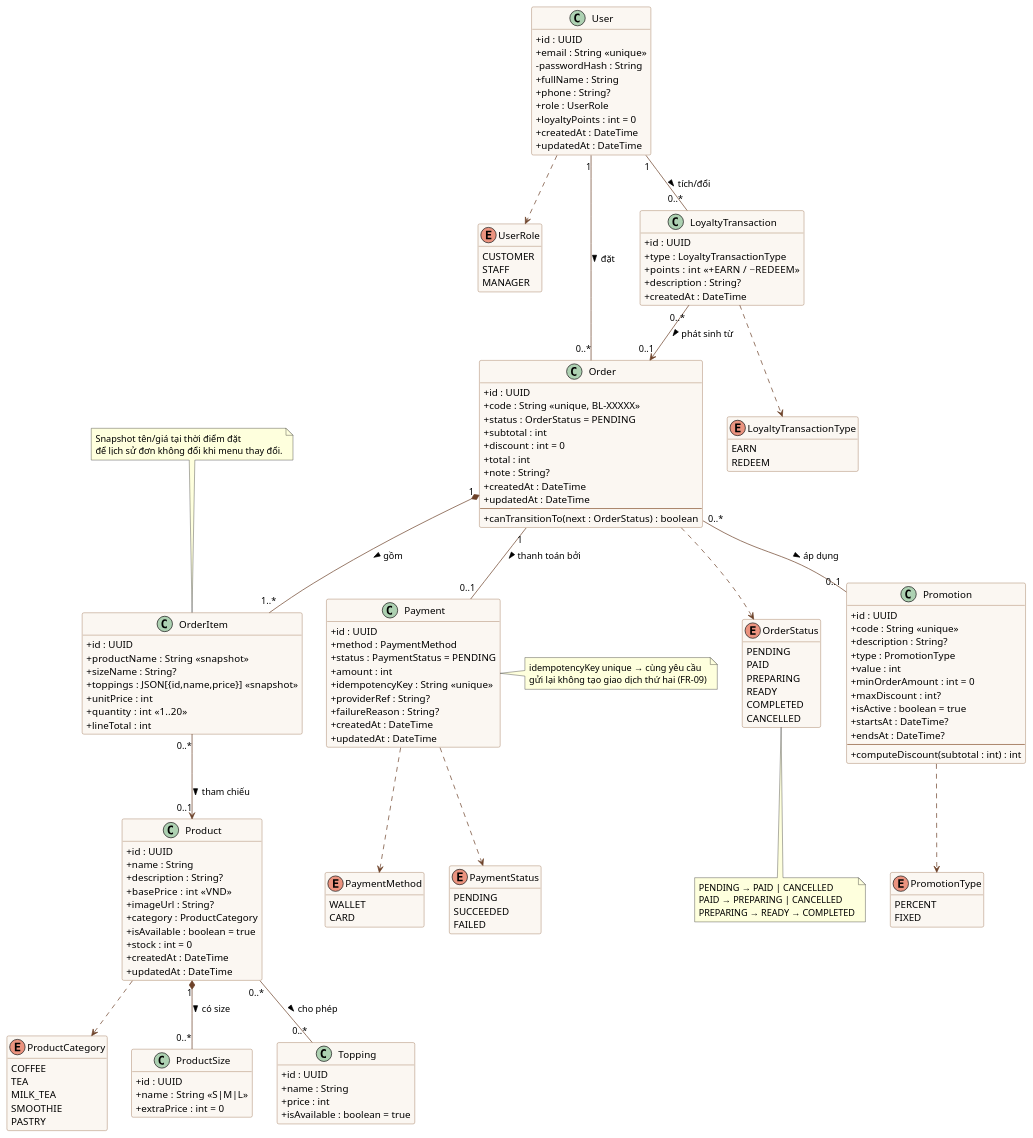
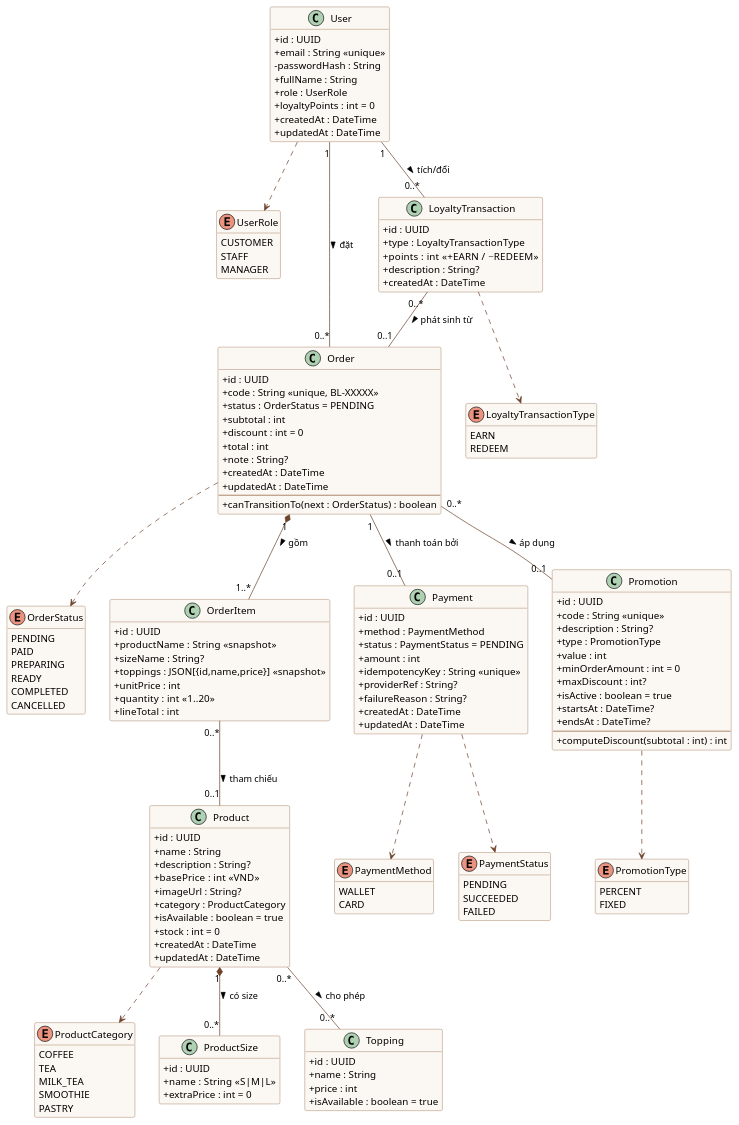
One commit to LHTCoder/brewlite changed the diagram in docs/diagrams/class-domain.puml. Above: the diagram before and after it, drawn with PlantUML. The commit also changed 26 other files, not shown here.

First line of the commit message:
docs: cập nhật đặc tả, use-case, activity và class diagram theo góp ý của nhóm

```diff
--- a/docs/diagrams/class-domain.puml
+++ b/docs/diagrams/class-domain.puml
@@ -1,181 +1,167 @@
 @startuml class-domain
 ' Class-01: Mô hình miền BrewLite (Task 2.3) – khớp với entity TypeORM trong apps/api/src
 skinparam classAttributeIconSize 0
 skinparam class {
   BackgroundColor #FBF7F2
   BorderColor #8A5733
   ArrowColor #6E432A
 }
 skinparam enum {
   BackgroundColor #F3E9DC
 }
 hide empty methods
 
 enum UserRole {
   CUSTOMER
   STAFF
   MANAGER
 }
 enum ProductCategory {
   COFFEE
   TEA
   MILK_TEA
   SMOOTHIE
   PASTRY
 }
 enum OrderStatus {
   PENDING
   PAID
   PREPARING
   READY
   COMPLETED
   CANCELLED
 }
 enum PaymentMethod {
   WALLET
   CARD
 }
 enum PaymentStatus {
   PENDING
   SUCCEEDED
   FAILED
 }
 enum PromotionType {
   PERCENT
   FIXED
 }
 enum LoyaltyTransactionType {
   EARN
   REDEEM
 }
 
 class User {
   +id : UUID
   +email : String <<unique>>
   -passwordHash : String
   +fullName : String
-  +phone : String?
   +role : UserRole
   +loyaltyPoints : int = 0
   +createdAt : DateTime
   +updatedAt : DateTime
 }
 
 class Product {
   +id : UUID
   +name : String
   +description : String?
   +basePrice : int  <<VND>>
   +imageUrl : String?
   +category : ProductCategory
   +isAvailable : boolean = true
   +stock : int = 0
   +createdAt : DateTime
   +updatedAt : DateTime
 }
 
 class ProductSize {
   +id : UUID
   +name : String  <<S|M|L>>
   +extraPrice : int = 0
 }
 
 class Topping {
   +id : UUID
   +name : String
   +price : int
   +isAvailable : boolean = true
 }
 
 class Order {
   +id : UUID
   +code : String <<unique, BL-XXXXX>>
   +status : OrderStatus = PENDING
   +subtotal : int
   +discount : int = 0
   +total : int
   +note : String?
   +createdAt : DateTime
   +updatedAt : DateTime
   --
   +canTransitionTo(next : OrderStatus) : boolean
 }
 
 class OrderItem {
   +id : UUID
   +productName : String  <<snapshot>>
   +sizeName : String?
   +toppings : JSON[{id,name,price}]  <<snapshot>>
   +unitPrice : int
   +quantity : int  <<1..20>>
   +lineTotal : int
 }
 
 class Payment {
   +id : UUID
   +method : PaymentMethod
   +status : PaymentStatus = PENDING
   +amount : int
   +idempotencyKey : String <<unique>>
   +providerRef : String?
   +failureReason : String?
   +createdAt : DateTime
   +updatedAt : DateTime
 }
 
 class Promotion {
   +id : UUID
   +code : String <<unique>>
   +description : String?
   +type : PromotionType
   +value : int
   +minOrderAmount : int = 0
   +maxDiscount : int?
   +isActive : boolean = true
   +startsAt : DateTime?
   +endsAt : DateTime?
   --
   +computeDiscount(subtotal : int) : int
 }
 
 class LoyaltyTransaction {
   +id : UUID
   +type : LoyaltyTransactionType
   +points : int  <<+EARN / −REDEEM>>
   +description : String?
   +createdAt : DateTime
 }
 
 ' ---- Quan hệ & multiplicity ----
 User "1" -- "0..*" Order : đặt >
 User "1" -- "0..*" LoyaltyTransaction : tích/đổi >
 Order "1" *-- "1..*" OrderItem : gồm >
 Order "1" -- "0..1" Payment : thanh toán bởi >
 Order "0..*" -- "0..1" Promotion : áp dụng >
-OrderItem "0..*" --> "0..1" Product : tham chiếu >
+OrderItem "0..*" -- "0..1" Product : tham chiếu >
 Product "1" *-- "0..*" ProductSize : có size >
 Product "0..*" -- "0..*" Topping : cho phép >
-LoyaltyTransaction "0..*" --> "0..1" Order : phát sinh từ >
+LoyaltyTransaction "0..*" -- "0..1" Order : phát sinh từ >
 
 User ..> UserRole
 Product ..> ProductCategory
 Order ..> OrderStatus
 Payment ..> PaymentMethod
 Payment ..> PaymentStatus
 Promotion ..> PromotionType
 LoyaltyTransaction ..> LoyaltyTransactionType
 
-note top of OrderItem
-  Snapshot tên/giá tại thời điểm đặt
-  để lịch sử đơn không đổi khi menu thay đổi.
-end note
-note right of Payment
-  idempotencyKey unique → cùng yêu cầu
-  gửi lại không tạo giao dịch thứ hai (FR-09)
-end note
-note bottom of OrderStatus
-  PENDING → PAID | CANCELLED
-  PAID → PREPARING | CANCELLED
-  PREPARING → READY → COMPLETED
-end note
 @enduml
```
